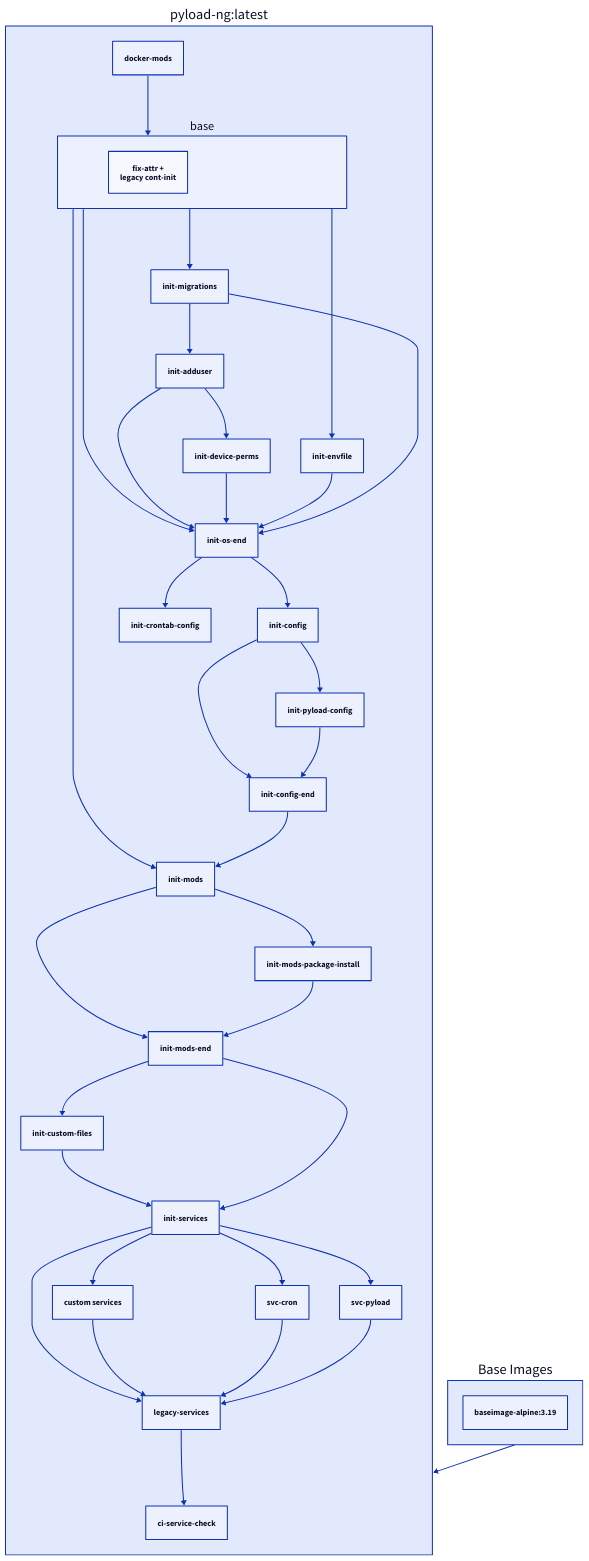
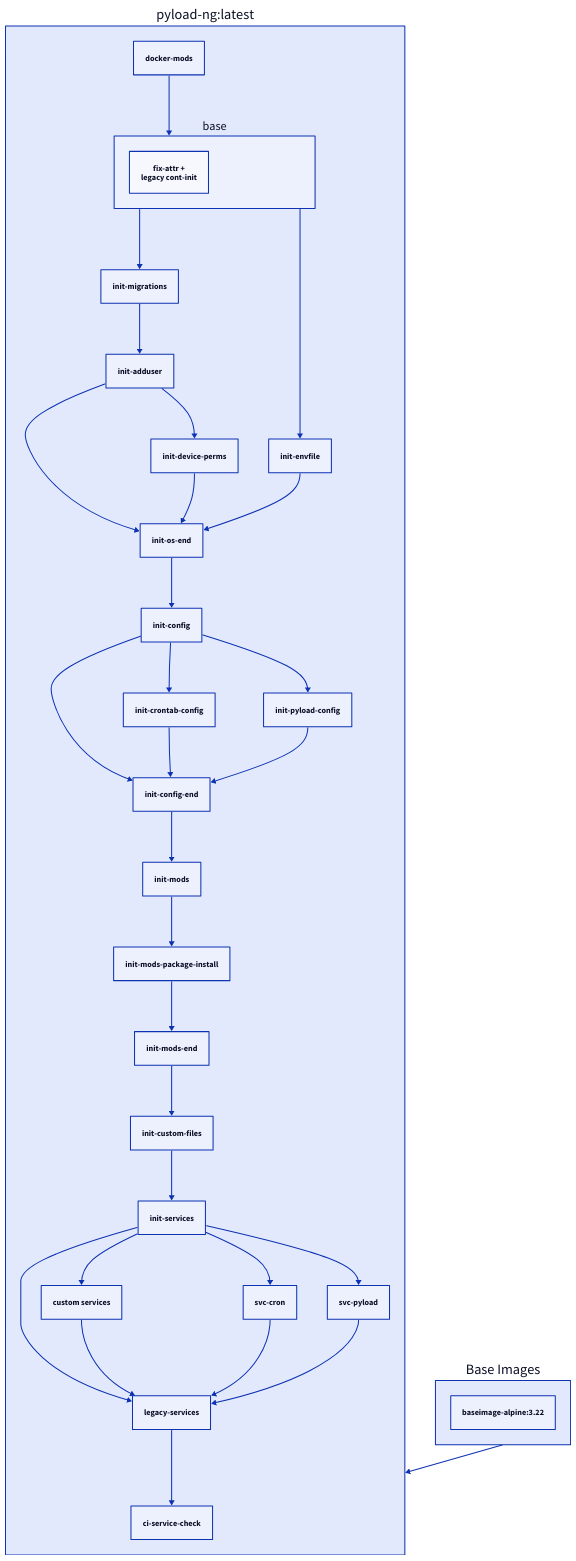
One commit to pagdot/docker-documentation changed the diagram in docs/images/docker-pyload-ng.md. Above: the diagram before and after it, drawn with D2. The commit also changed other lines of this file, not shown here.

Commit message:
Bot Updating Documentation

````diff
--- a/docs/images/docker-pyload-ng.md
+++ b/docs/images/docker-pyload-ng.md
@@ -298,45 +298,41 @@
     ```d2
     "pyload-ng:latest": {
       docker-mods
       base {
         fix-attr +\nlegacy cont-init
       }
       docker-mods -> base
       legacy-services
       custom services
       init-services -> legacy-services
       init-services -> custom services
       custom services -> legacy-services
       legacy-services -> ci-service-check
       init-migrations -> init-adduser
       init-os-end -> init-config
       init-config -> init-config-end
+      init-crontab-config -> init-config-end
       init-pyload-config -> init-config-end
-      init-os-end -> init-crontab-config
+      init-config -> init-crontab-config
       init-mods-end -> init-custom-files
       init-adduser -> init-device-perms
       base -> init-envfile
       base -> init-migrations
-      base -> init-mods
       init-config-end -> init-mods
-      init-mods -> init-mods-end
       init-mods-package-install -> init-mods-end
       init-mods -> init-mods-package-install
-      base -> init-os-end
       init-adduser -> init-os-end
       init-device-perms -> init-os-end
       init-envfile -> init-os-end
-      init-migrations -> init-os-end
       init-config -> init-pyload-config
       init-custom-files -> init-services
-      init-mods-end -> init-services
       init-services -> svc-cron
       svc-cron -> legacy-services
       init-services -> svc-pyload
       svc-pyload -> legacy-services
     }
     Base Images: {
-      "baseimage-alpine:3.19"
+      "baseimage-alpine:3.22"
     }
     "pyload-ng:latest" <- Base Images
     ```
````
